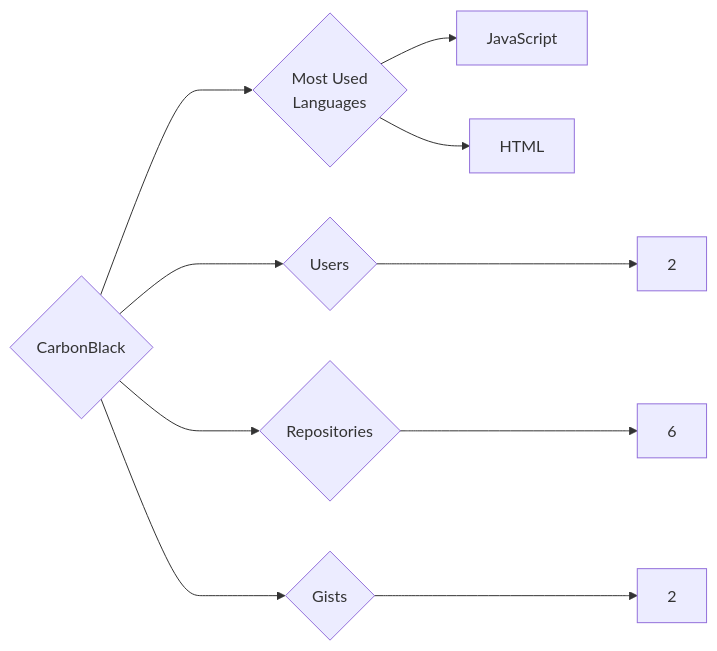
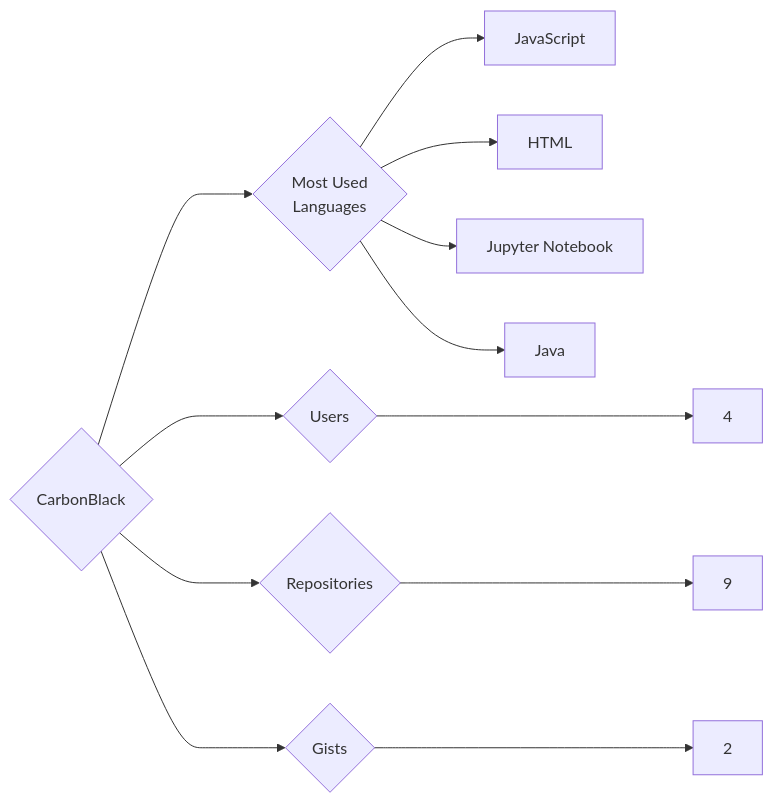
Before and after one commit to trickest/insiders: the diagram in targets/CarbonBlack/README.md, drawn with Mermaid. The commit also changed 912 other files, not shown here.

````diff
--- a/targets/CarbonBlack/README.md
+++ b/targets/CarbonBlack/README.md
@@ -3,10 +3,12 @@
 ```mermaid
 graph LR
 COMPANY_NAME{CarbonBlack}
-COMPANY_NAME ---> U{Users} ---> UN[2]
-COMPANY_NAME ---> R{Repositories} ---> RN[6]
+COMPANY_NAME ---> U{Users} ---> UN[4]
+COMPANY_NAME ---> R{Repositories} ---> RN[9]
 COMPANY_NAME ---> G{Gists} ---> GN[2]
 COMPANY_NAME ---> ML{Most Used<br>Languages}
 ML --> JavaScript[JavaScript]
 ML --> HTML[HTML]
+ML --> Jupyter_Notebook[Jupyter Notebook]
+ML --> Java[Java]
 ```
````
